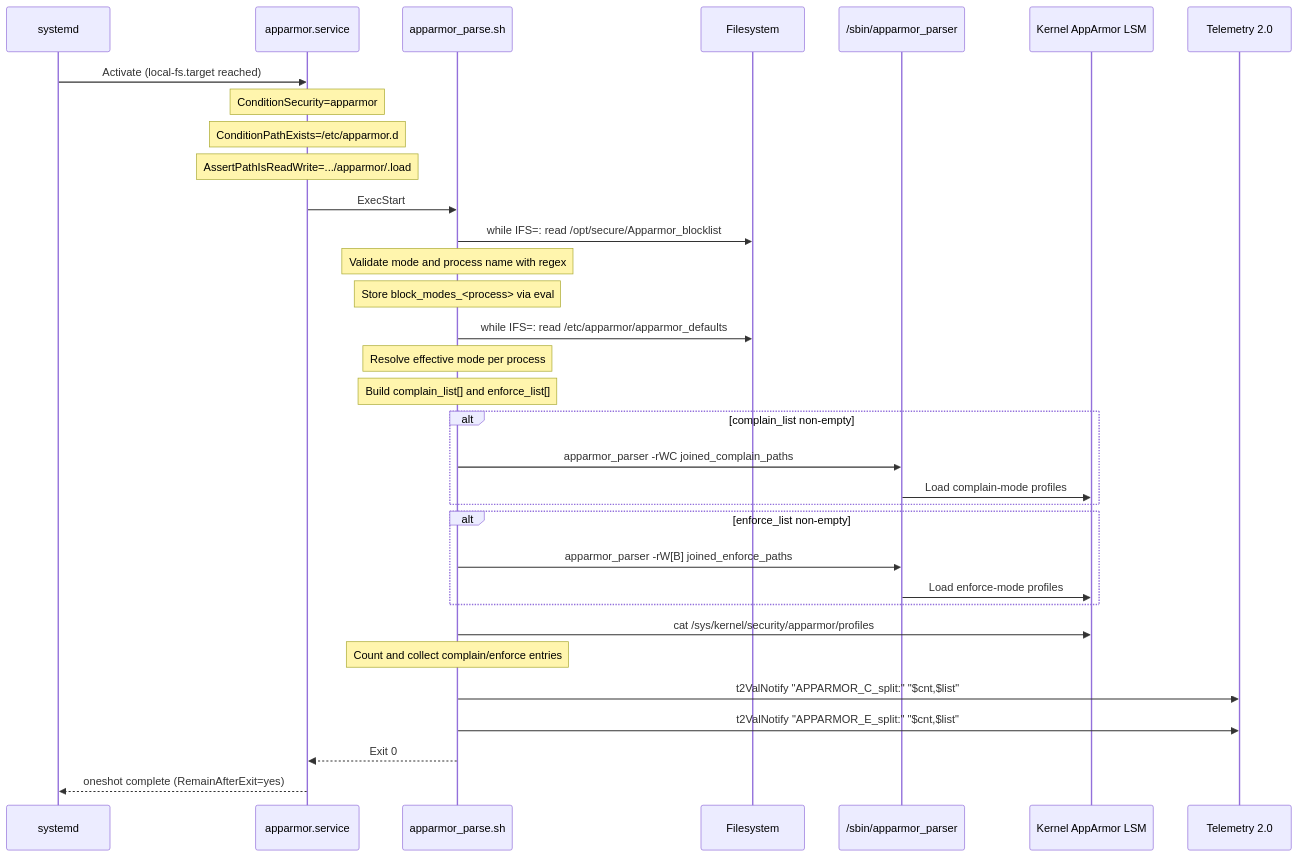
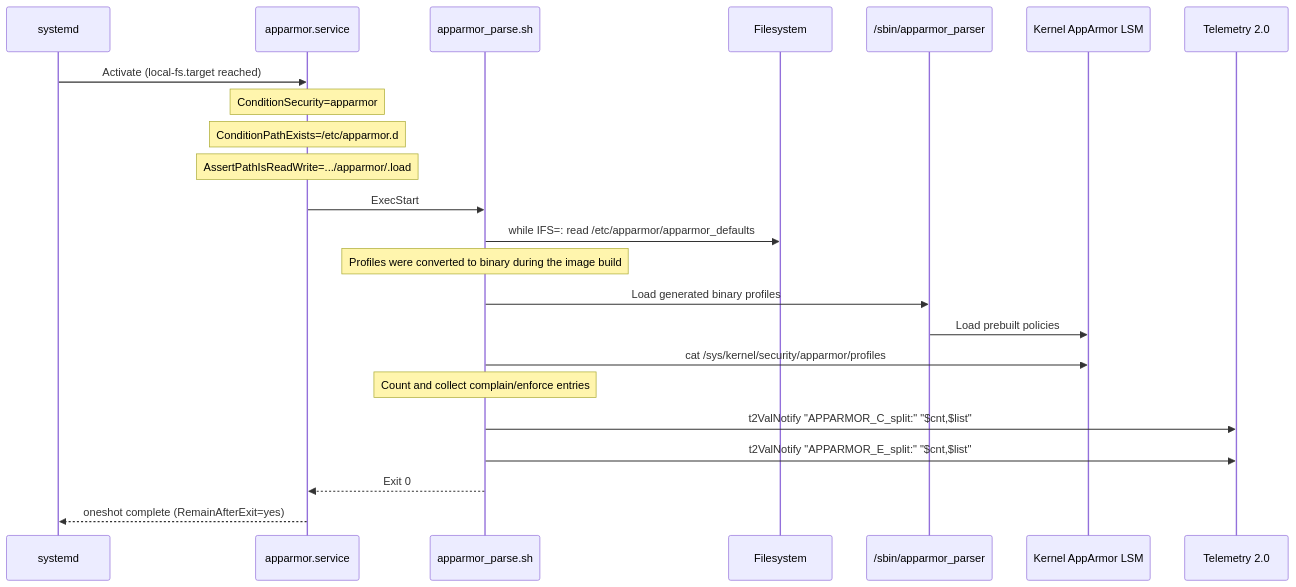
One commit to rdkcentral/rdk-apparmor-profiles changed the sixth of 8 diagrams in README.md. Above: the diagram before and after it, drawn with Mermaid. The commit also changed other lines of this file, not shown here.

````diff
--- a/README.md
+++ b/README.md
@@ -368,42 +329,29 @@
 ```mermaid
 sequenceDiagram
     participant SYSTEMD as systemd
     participant SVC as apparmor.service
     participant SH as apparmor_parse.sh
     participant FS as Filesystem
     participant PARSER as /sbin/apparmor_parser
     participant KERNEL as Kernel AppArmor LSM
     participant T2 as Telemetry 2.0
 
     SYSTEMD->>SVC: Activate (local-fs.target reached)
     Note over SVC: ConditionSecurity=apparmor
     Note over SVC: ConditionPathExists=/etc/apparmor.d
     Note over SVC: AssertPathIsReadWrite=.../apparmor/.load
     SVC->>SH: ExecStart
 
-    SH->>FS: while IFS=: read /opt/secure/Apparmor_blocklist
-    Note over SH: Validate mode and process name with regex
-    Note over SH: Store block_modes_<process> via eval
-
     SH->>FS: while IFS=: read /etc/apparmor/apparmor_defaults
-    Note over SH: Resolve effective mode per process
-    Note over SH: Build complain_list[] and enforce_list[]
-
-    alt complain_list non-empty
-        SH->>PARSER: apparmor_parser -rWC joined_complain_paths
-        PARSER->>KERNEL: Load complain-mode profiles
-    end
-
-    alt enforce_list non-empty
-        SH->>PARSER: apparmor_parser -rW[B] joined_enforce_paths
-        PARSER->>KERNEL: Load enforce-mode profiles
-    end
+    Note over SH: Profiles were converted to binary during the image build
+    SH->>PARSER: Load generated binary profiles
+    PARSER->>KERNEL: Load prebuilt policies
 
     SH->>KERNEL: cat /sys/kernel/security/apparmor/profiles
     Note over SH: Count and collect complain/enforce entries
 
     SH->>T2: t2ValNotify "APPARMOR_C_split:" "$cnt,$list"
     SH->>T2: t2ValNotify "APPARMOR_E_split:" "$cnt,$list"
     SH-->>SVC: Exit 0
     SVC-->>SYSTEMD: oneshot complete (RemainAfterExit=yes)
 ```
````
